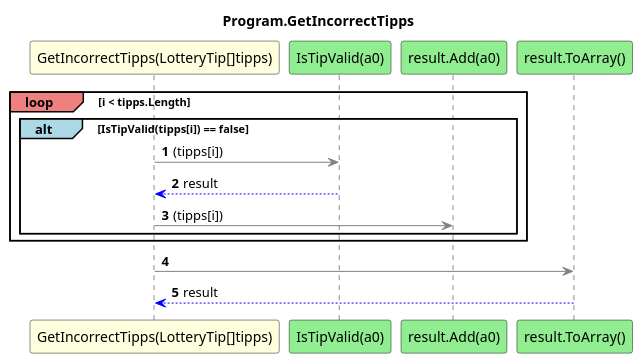
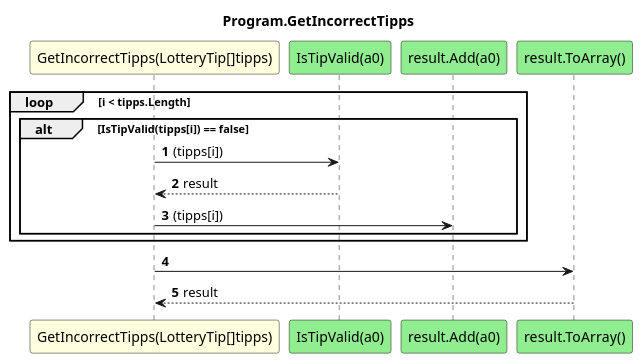
One commit to leoggehrer/2324-34_ABIF_ACIF_POSE changed the diagram in LotteryChecker.ConApp/diagrams/sq_Program_GetIncorrectTipps.puml. Above: the diagram before and after it, drawn with PlantUML. The commit also changed 9 other files, not shown here.

```diff
--- a/LotteryChecker.ConApp/diagrams/sq_Program_GetIncorrectTipps.puml
+++ b/LotteryChecker.ConApp/diagrams/sq_Program_GetIncorrectTipps.puml
@@ -1,17 +1,17 @@
 @startuml Program.GetIncorrectTipps
 title Program.GetIncorrectTipps
 participant "GetIncorrectTipps(LotteryTip[]tipps)" as GetIncorrectTipps_p0 #LightYellow
 participant "IsTipValid(a0)" as IsTipValid_a0 #LightGreen
 participant "result.Add(a0)" as result_Add_a0 #LightGreen
 participant "result.ToArray()" as result_ToArray #LightGreen
 autonumber
-loop#LightCoral i < tipps.Length
-    alt#LightBlue IsTipValid(tipps[i]) == false
-        GetIncorrectTipps_p0 -[#grey]> IsTipValid_a0 : (tipps[i])
-        IsTipValid_a0 -[#blue]-> GetIncorrectTipps_p0 : result
-        GetIncorrectTipps_p0 -[#grey]> result_Add_a0 : (tipps[i])
+loop i < tipps.Length
+    alt IsTipValid(tipps[i]) == false
+        GetIncorrectTipps_p0 -> IsTipValid_a0 : (tipps[i])
+        IsTipValid_a0 --> GetIncorrectTipps_p0 : result
+        GetIncorrectTipps_p0 -> result_Add_a0 : (tipps[i])
     end
 end
-GetIncorrectTipps_p0 -[#grey]> result_ToArray
-result_ToArray -[#blue]-> GetIncorrectTipps_p0 : result
+GetIncorrectTipps_p0 -> result_ToArray
+result_ToArray --> GetIncorrectTipps_p0 : result
 @enduml
```
